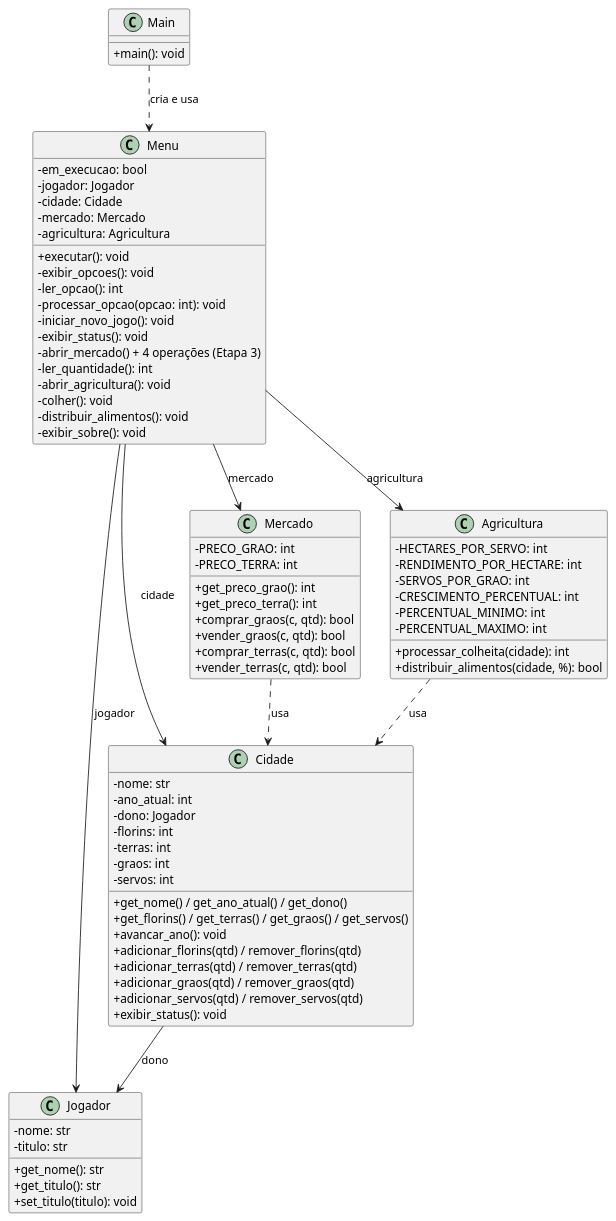
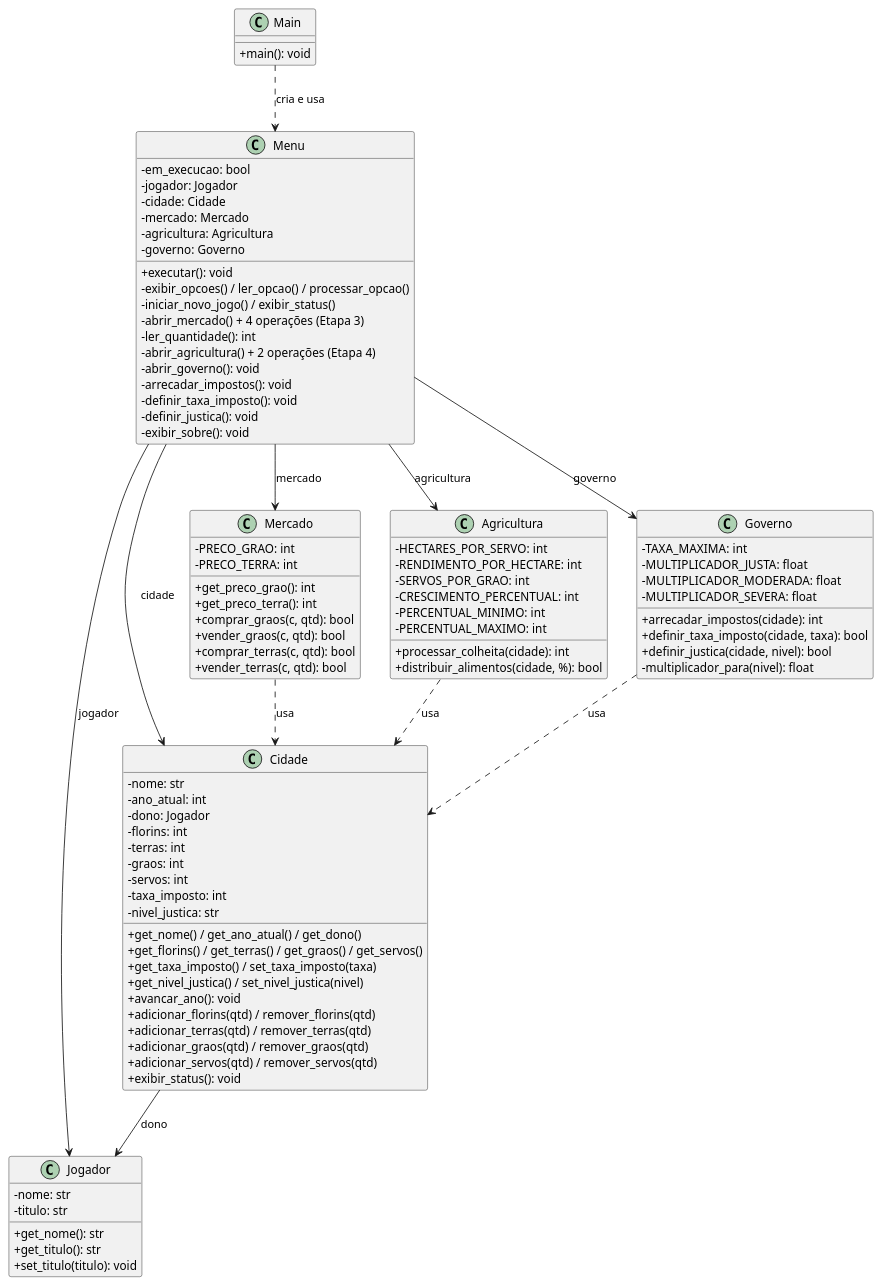
One commit to guipoliver/Bolonha-e-Milano changed the diagram in uml/diagrama-classes.puml. Above: the diagram before and after it, drawn with PlantUML. The commit also changed 13 other files, not shown here.

Commit message:
Etapa 5: impostos, classe Governo, submenu e diagramas

```diff
--- a/uml/diagrama-classes.puml
+++ b/uml/diagrama-classes.puml
@@ -1,84 +1,101 @@
 @startuml
 skinparam classAttributeIconSize 0
 
 class Main {
   + main(): void
 }
 
 class Menu {
   - em_execucao: bool
   - jogador: Jogador
   - cidade: Cidade
   - mercado: Mercado
   - agricultura: Agricultura
+  - governo: Governo
   + executar(): void
-  - exibir_opcoes(): void
-  - ler_opcao(): int
-  - processar_opcao(opcao: int): void
-  - iniciar_novo_jogo(): void
-  - exibir_status(): void
+  - exibir_opcoes() / ler_opcao() / processar_opcao()
+  - iniciar_novo_jogo() / exibir_status()
   - abrir_mercado() + 4 operações (Etapa 3)
   - ler_quantidade(): int
-  - abrir_agricultura(): void
-  - colher(): void
-  - distribuir_alimentos(): void
+  - abrir_agricultura() + 2 operações (Etapa 4)
+  - abrir_governo(): void
+  - arrecadar_impostos(): void
+  - definir_taxa_imposto(): void
+  - definir_justica(): void
   - exibir_sobre(): void
 }
 
 class Jogador {
   - nome: str
   - titulo: str
   + get_nome(): str
   + get_titulo(): str
   + set_titulo(titulo): void
 }
 
 class Cidade {
   - nome: str
   - ano_atual: int
   - dono: Jogador
   - florins: int
   - terras: int
   - graos: int
   - servos: int
+  - taxa_imposto: int
+  - nivel_justica: str
   + get_nome() / get_ano_atual() / get_dono()
   + get_florins() / get_terras() / get_graos() / get_servos()
+  + get_taxa_imposto() / set_taxa_imposto(taxa)
+  + get_nivel_justica() / set_nivel_justica(nivel)
   + avancar_ano(): void
   + adicionar_florins(qtd) / remover_florins(qtd)
   + adicionar_terras(qtd) / remover_terras(qtd)
   + adicionar_graos(qtd) / remover_graos(qtd)
   + adicionar_servos(qtd) / remover_servos(qtd)
   + exibir_status(): void
 }
 
 class Mercado {
   - PRECO_GRAO: int
   - PRECO_TERRA: int
   + get_preco_grao(): int
   + get_preco_terra(): int
   + comprar_graos(c, qtd): bool
   + vender_graos(c, qtd): bool
   + comprar_terras(c, qtd): bool
   + vender_terras(c, qtd): bool
 }
 
 class Agricultura {
   - HECTARES_POR_SERVO: int
   - RENDIMENTO_POR_HECTARE: int
   - SERVOS_POR_GRAO: int
   - CRESCIMENTO_PERCENTUAL: int
   - PERCENTUAL_MINIMO: int
   - PERCENTUAL_MAXIMO: int
   + processar_colheita(cidade): int
   + distribuir_alimentos(cidade, %): bool
 }
 
+class Governo {
+  - TAXA_MAXIMA: int
+  - MULTIPLICADOR_JUSTA: float
+  - MULTIPLICADOR_MODERADA: float
+  - MULTIPLICADOR_SEVERA: float
+  + arrecadar_impostos(cidade): int
+  + definir_taxa_imposto(cidade, taxa): bool
+  + definir_justica(cidade, nivel): bool
+  - multiplicador_para(nivel): float
+}
+
 Main ..> Menu : cria e usa
 Menu --> Jogador : jogador
 Menu --> Cidade : cidade
 Menu --> Mercado : mercado
 Menu --> Agricultura : agricultura
+Menu --> Governo : governo
 Cidade --> Jogador : dono
 Mercado ..> Cidade : usa
 Agricultura ..> Cidade : usa
+Governo ..> Cidade : usa
 @enduml
```
